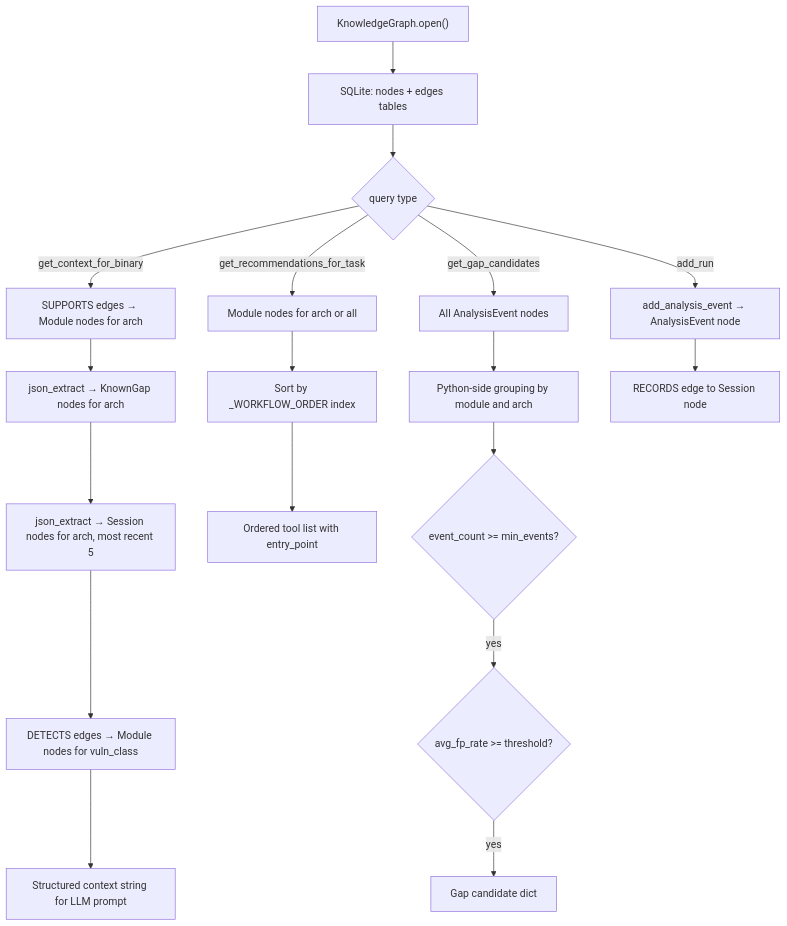
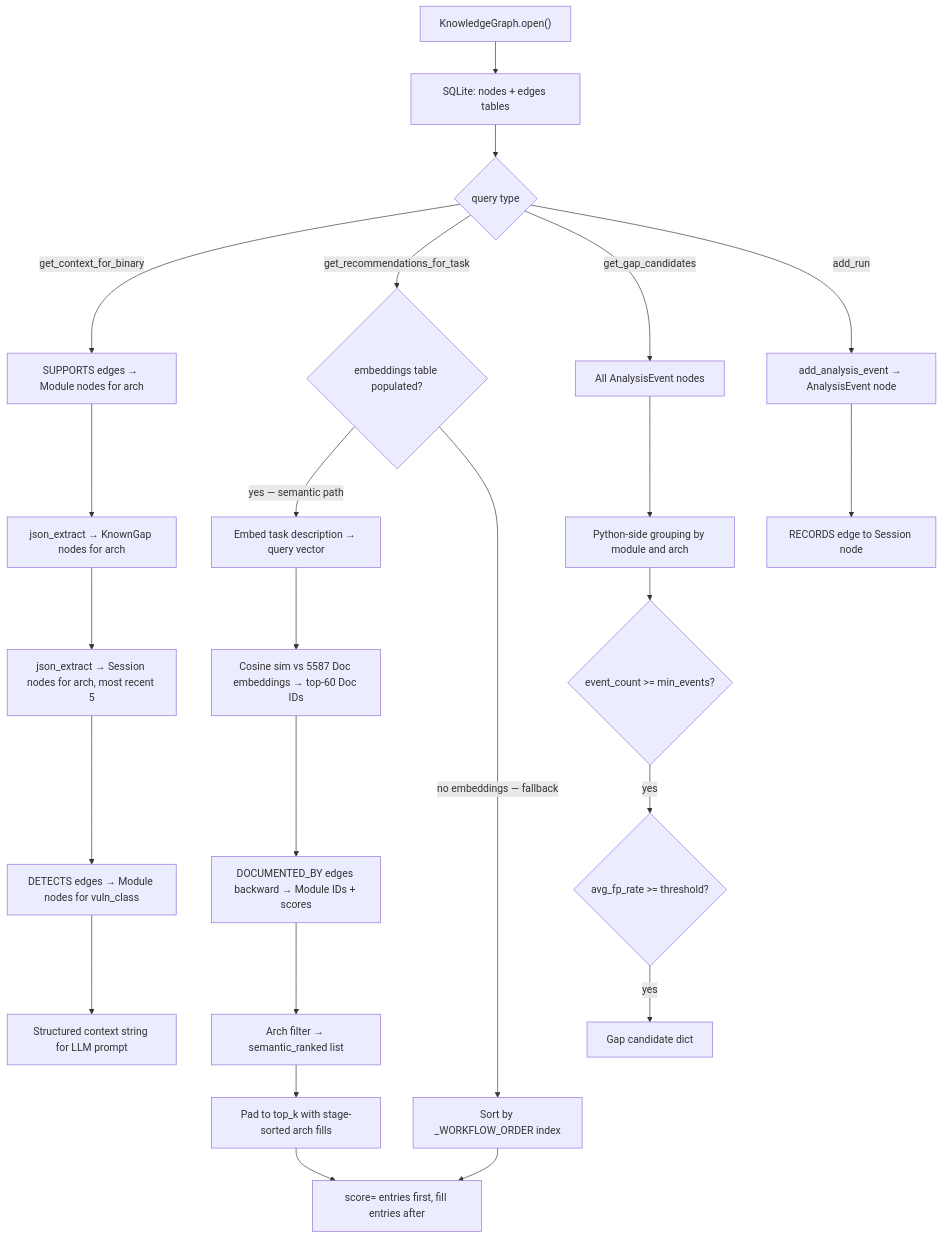
One commit to Ablation-Tool/ablation changed the diagram in docs/reference-modules/knowledge-graph.md. Above: the diagram before and after it, drawn with Mermaid. The commit also changed other lines of this file, not shown here.

First line of the commit message:
docs: expand knowledge-graph.md with full GraphRAG architecture

````diff
--- a/docs/reference-modules/knowledge-graph.md
+++ b/docs/reference-modules/knowledge-graph.md
@@ -21,20 +21,26 @@
 ```mermaid
 flowchart TD
     A["KnowledgeGraph.open()"] --> B[SQLite: nodes + edges tables]
     B --> C{query type}
     C -->|get_context_for_binary| D[SUPPORTS edges → Module nodes for arch]
     D --> E[json_extract → KnownGap nodes for arch]
     E --> F[json_extract → Session nodes for arch, most recent 5]
     F --> G[DETECTS edges → Module nodes for vuln_class]
     G --> H[Structured context string for LLM prompt]
-    C -->|get_recommendations_for_task| I[Module nodes for arch or all]
-    I --> J[Sort by _WORKFLOW_ORDER index]
-    J --> K[Ordered tool list with entry_point]
+    C -->|get_recommendations_for_task| I{embeddings table populated?}
+    I -->|yes — semantic path| I2[Embed task description → query vector]
+    I2 --> I3[Cosine sim vs 5587 Doc embeddings → top-60 Doc IDs]
+    I3 --> I4[DOCUMENTED_BY edges backward → Module IDs + scores]
+    I4 --> I5[Arch filter → semantic_ranked list]
+    I5 --> I6[Pad to top_k with stage-sorted arch fills]
+    I6 --> K[score= entries first, fill entries after]
+    I -->|no embeddings — fallback| J[Sort by _WORKFLOW_ORDER index]
+    J --> K
     C -->|get_gap_candidates| L[All AnalysisEvent nodes]
     L --> M[Python-side grouping by module and arch]
     M --> N{event_count >= min_events?}
     N -->|yes| O{avg_fp_rate >= threshold?}
     O -->|yes| P[Gap candidate dict]
     C -->|add_run| Q[add_analysis_event → AnalysisEvent node]
     Q --> R[RECORDS edge to Session node]
 ```
````
